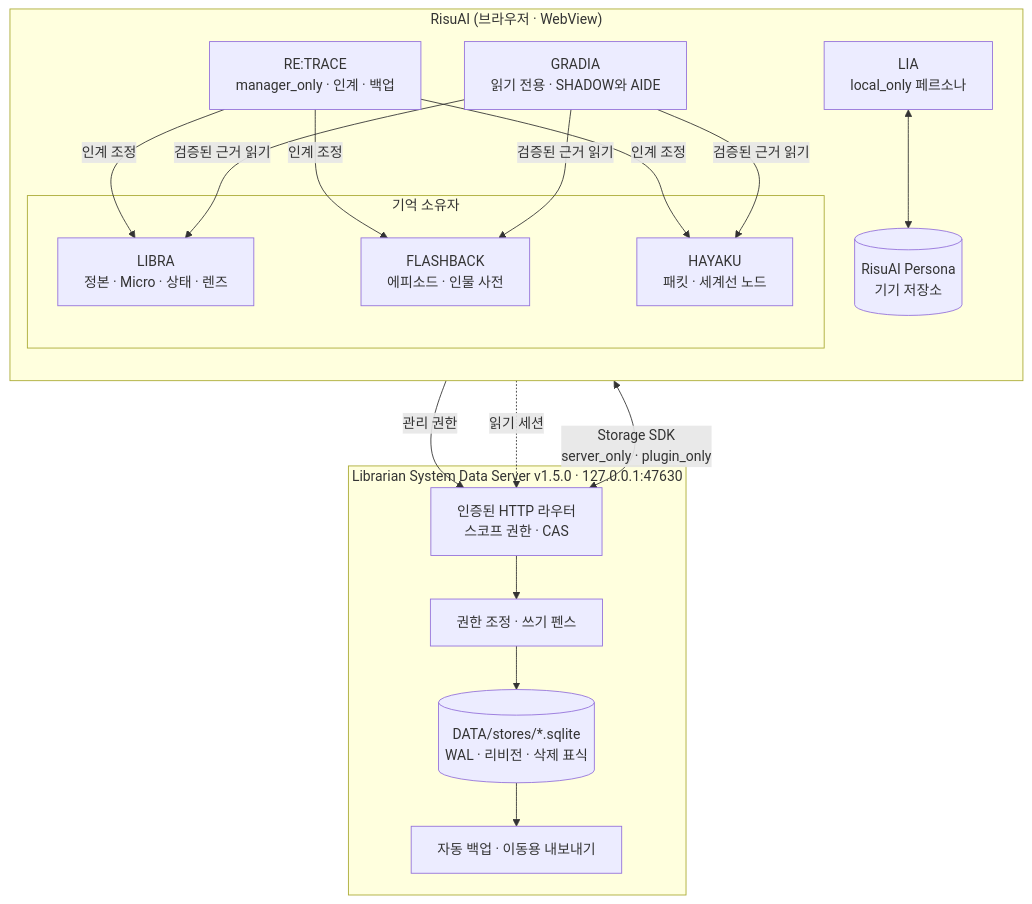
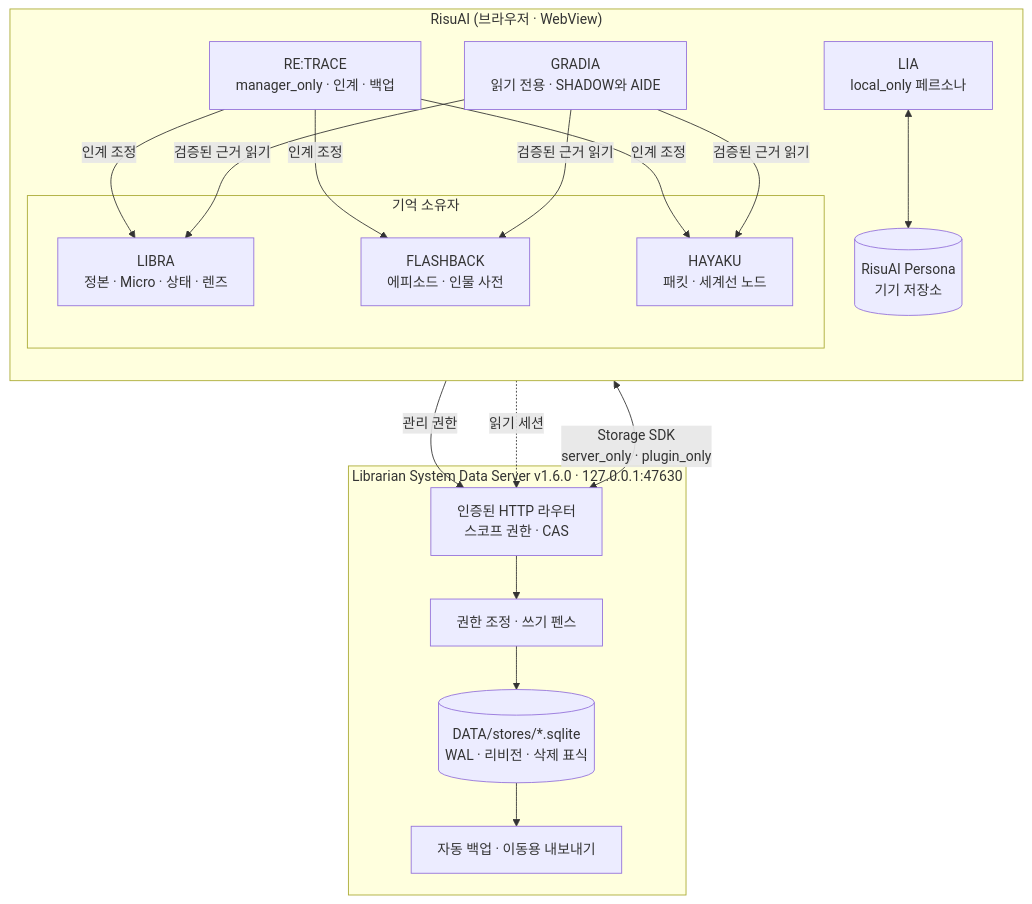
Before and after one commit to rusinus12-droid/Librarian-System: the diagram in README.md, drawn with Mermaid. The commit also changed other lines of this file and 13 other files, not shown here.

````diff
--- a/README.md
+++ b/README.md
@@ -62,31 +62,31 @@
 ```mermaid
 flowchart TB
     subgraph Host["RisuAI (브라우저 · WebView)"]
         direction TB
         subgraph Owners["기억 소유자"]
             LIBRA["LIBRA<br/>정본 · Micro · 상태 · 렌즈"]
             FB["FLASHBACK<br/>에피소드 · 인물 사전"]
             HAYAKU["HAYAKU<br/>패킷 · 세계선 노드"]
         end
         LIA["LIA<br/>local_only 페르소나"]
         Persona[("RisuAI Persona<br/>기기 저장소")]
         LIA <--> Persona
         RETRACE["RE:TRACE<br/>manager_only · 인계 · 백업"]
         RETRACE -->|인계 조정| LIBRA & FB & HAYAKU
         GRADIA["GRADIA<br/>읽기 전용 · SHADOW와 AIDE"]
         GRADIA -->|검증된 근거 읽기| LIBRA & FB & HAYAKU
     end
 
-    subgraph Server["Librarian System Data Server v1.5.0 · 127.0.0.1:47630"]
+    subgraph Server["Librarian System Data Server v1.6.0 · 127.0.0.1:47630"]
         Router["인증된 HTTP 라우터<br/>스코프 권한 · CAS"]
         Coord["권한 조정 · 쓰기 펜스"]
         SQLite[("DATA/stores/*.sqlite<br/>WAL · 리비전 · 삭제 표식")]
         Backup["자동 백업 · 이동용 내보내기"]
         Router --> Coord --> SQLite
         SQLite --> Backup
     end
 
     Owners <-->|"Storage SDK<br/>server_only · plugin_only"| Router
     RETRACE -->|관리 권한| Router
     GRADIA -.->|읽기 세션| Router
 ```
````
